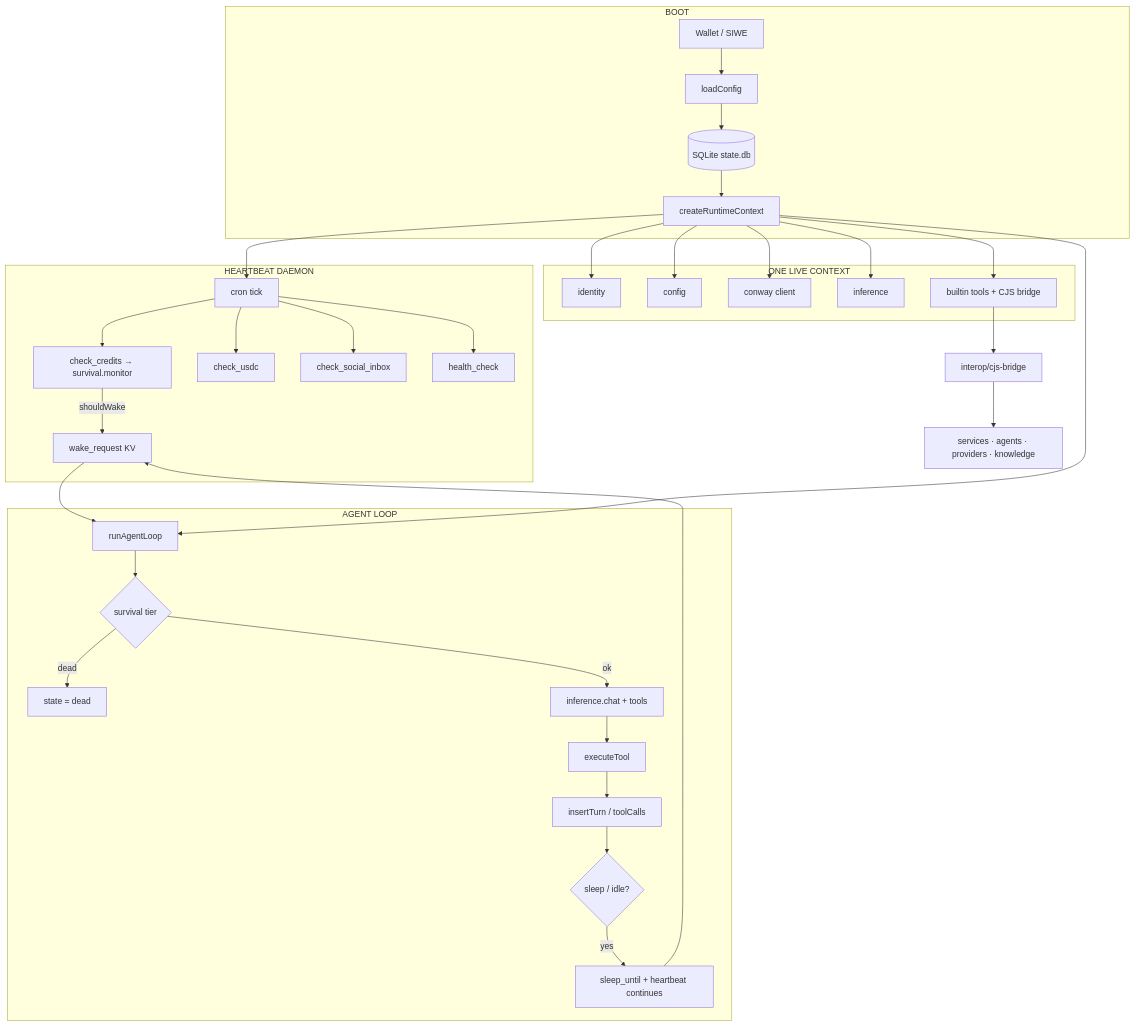
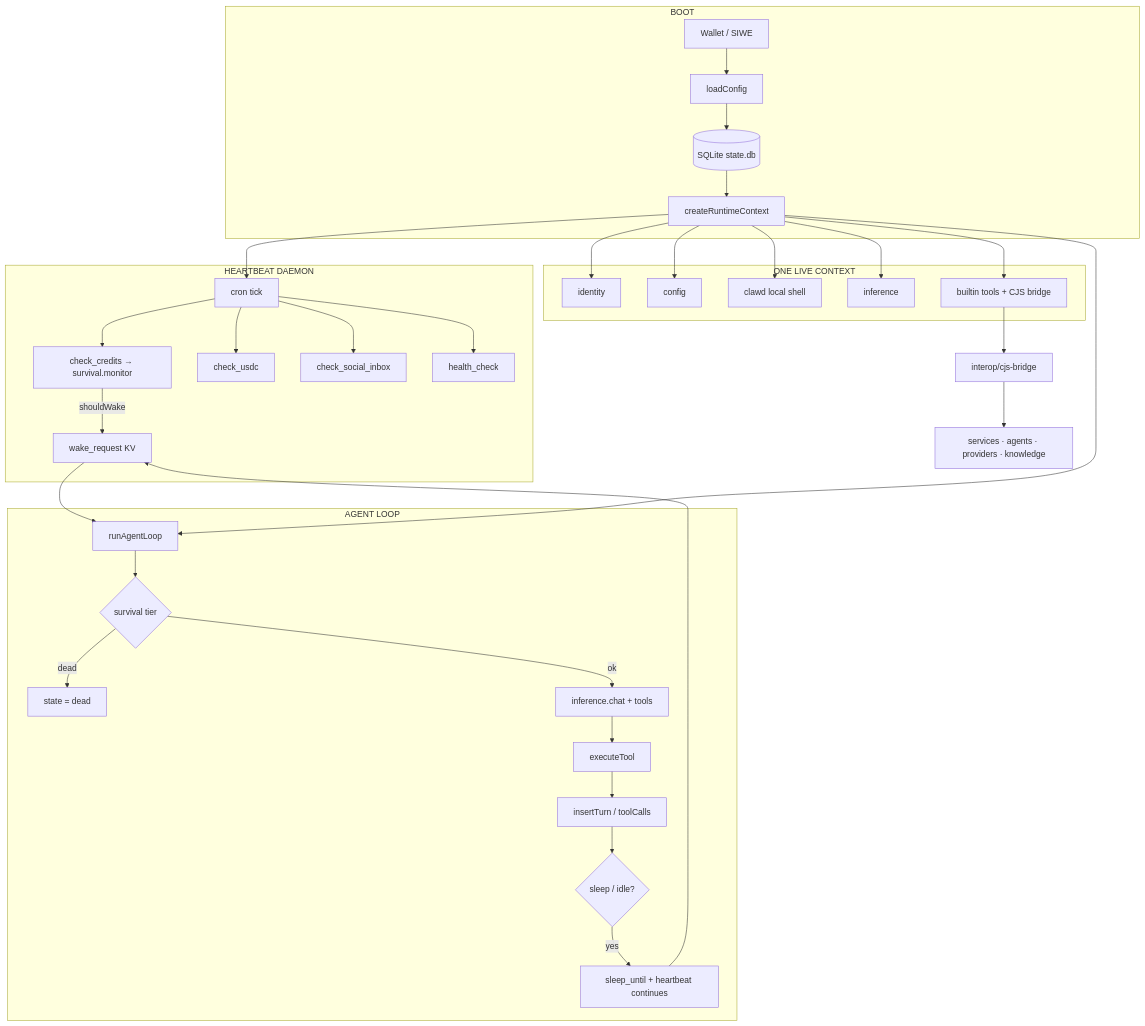
One commit to Solizardking/clawd-automation changed the diagram in README.md. Above: the diagram before and after it, drawn with Mermaid. The commit also changed other lines of this file and 66 other files, not shown here.

````diff
--- a/README.md
+++ b/README.md
@@ -119,41 +137,41 @@
 ```mermaid
 flowchart TB
   subgraph boot["BOOT"]
     W[Wallet / SIWE] --> C[loadConfig]
     C --> DB[(SQLite state.db)]
     DB --> RT[createRuntimeContext]
   end
 
   subgraph shared["ONE LIVE CONTEXT"]
     RT --> ID[identity]
     RT --> CFG[config]
-    RT --> CON[conway client]
+    RT --> CON[clawd local shell]
     RT --> INF[inference]
     RT --> TOOLS[builtin tools + CJS bridge]
   end
 
   subgraph pulse["HEARTBEAT DAEMON"]
     HB[cron tick] --> CR[check_credits → survival.monitor]
     HB --> US[check_usdc]
     HB --> IN[check_social_inbox]
     HB --> HL[health_check]
     CR -->|shouldWake| WAKE[wake_request KV]
   end
 
   subgraph mind["AGENT LOOP"]
     WAKE --> LOOP[runAgentLoop]
     LOOP --> TIER{survival tier}
     TIER -->|dead| BEACH[state = dead]
     TIER -->|ok| THINK[inference.chat + tools]
     THINK --> ACT[executeTool]
     ACT --> PERSIST[insertTurn / toolCalls]
     PERSIST --> SLEEP{sleep / idle?}
     SLEEP -->|yes| DRIFT[sleep_until + heartbeat continues]
     DRIFT --> WAKE
   end
 
   RT --> HB
   RT --> LOOP
   TOOLS --> CJS[interop/cjs-bridge]
   CJS --> SVC[services · agents · providers · knowledge]
 ```
````
